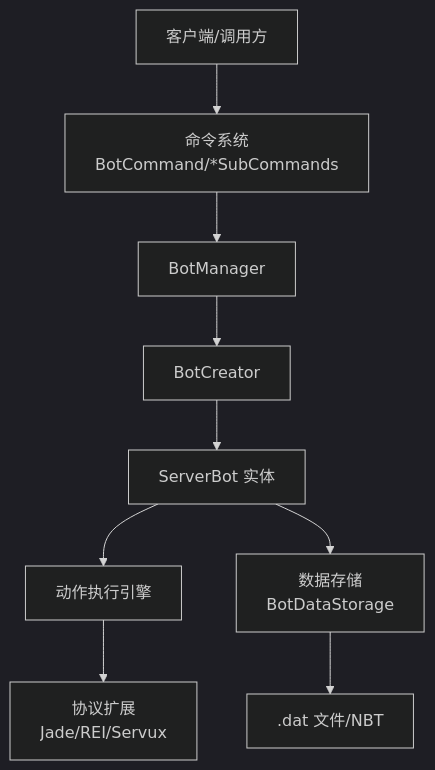
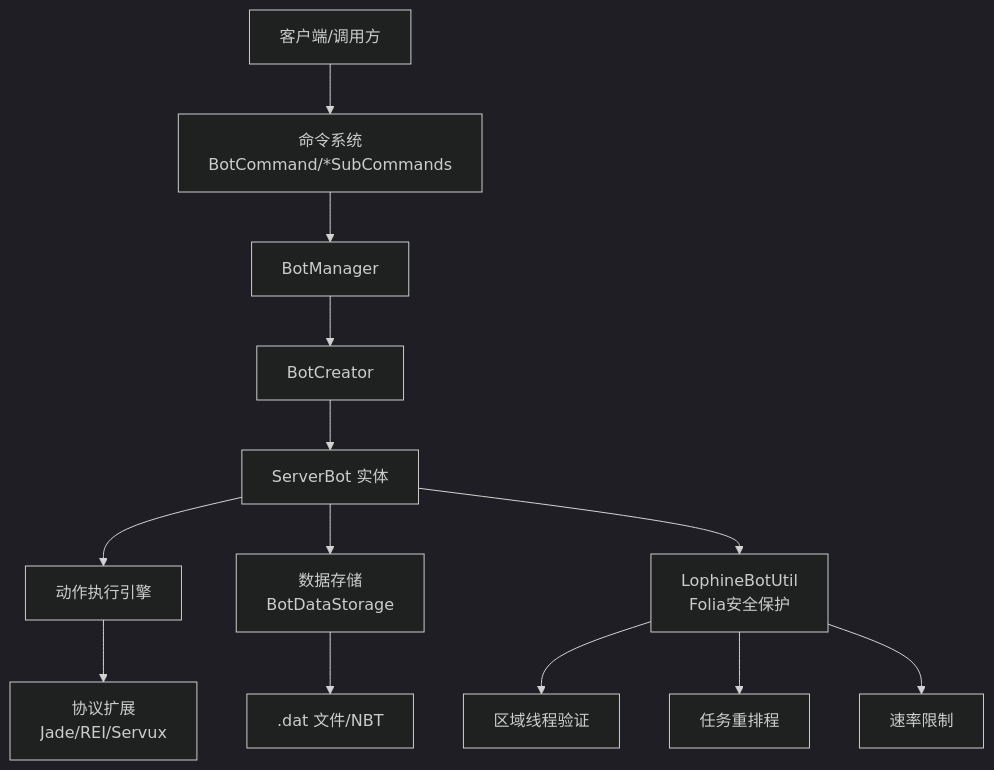
Before and after one commit to xucy10/Lophine1.21.11: the second of 9 diagrams in .qoder/repowiki/zh/content/机器人系统/机器人系统.md, drawn with Mermaid (dark theme). The commit also changed other lines of this file and 54 other files, not shown here.

````diff
--- a/.qoder/repowiki/zh/content/机器人系统/机器人系统.md
+++ b/.qoder/repowiki/zh/content/机器人系统/机器人系统.md
@@ -134,11 +154,15 @@
 ```mermaid
 graph TB
 Client["客户端/调用方"] --> CMD["命令系统<br/>BotCommand/*SubCommands"]
 CMD --> BM["BotManager"]
 BM --> BC["BotCreator"]
 BC --> SB["ServerBot 实体"]
 SB --> AE["动作执行引擎"]
 AE --> PS["协议扩展<br/>Jade/REI/Servux"]
 SB --> DS["数据存储<br/>BotDataStorage"]
 DS --> FS[".dat 文件/NBT"]
+SB --> LBU["LophineBotUtil<br/>Folia安全保护"]
+LBU --> RT["区域线程验证"]
+LBU --> RS["任务重排程"]
+LBU --> RL["速率限制"]
 ```
````
